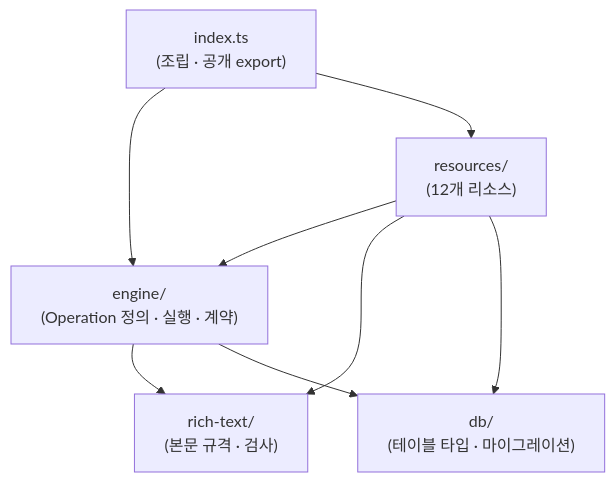
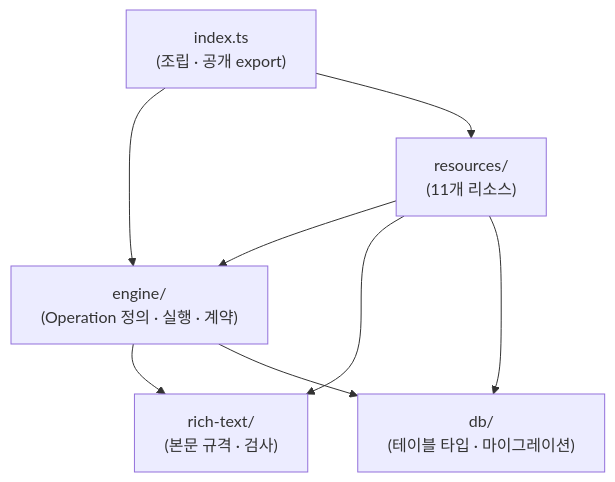
One commit to monti-cms/monti changed the third of 3 diagrams in docs/refactor/core.md. Above: the diagram before and after it, drawn with Mermaid. The commit also changed other lines of this file and 5 other files, not shown here.

````diff
--- a/docs/refactor/core.md
+++ b/docs/refactor/core.md
@@ -446,16 +446,16 @@
 ```mermaid
 flowchart TD
   Index["index.ts\n(조립 · 공개 export)"]
-  Resources["resources/\n(12개 리소스)"]
+  Resources["resources/\n(11개 리소스)"]
   Engine["engine/\n(Operation 정의 · 실행 · 계약)"]
   RichText["rich-text/\n(본문 규격 · 검사)"]
   DB["db/\n(테이블 타입 · 마이그레이션)"]
 
   Index --> Engine
   Index --> Resources
   Resources --> Engine
   Resources --> RichText
   Resources --> DB
   Engine --> RichText
   Engine --> DB
 ```
````
